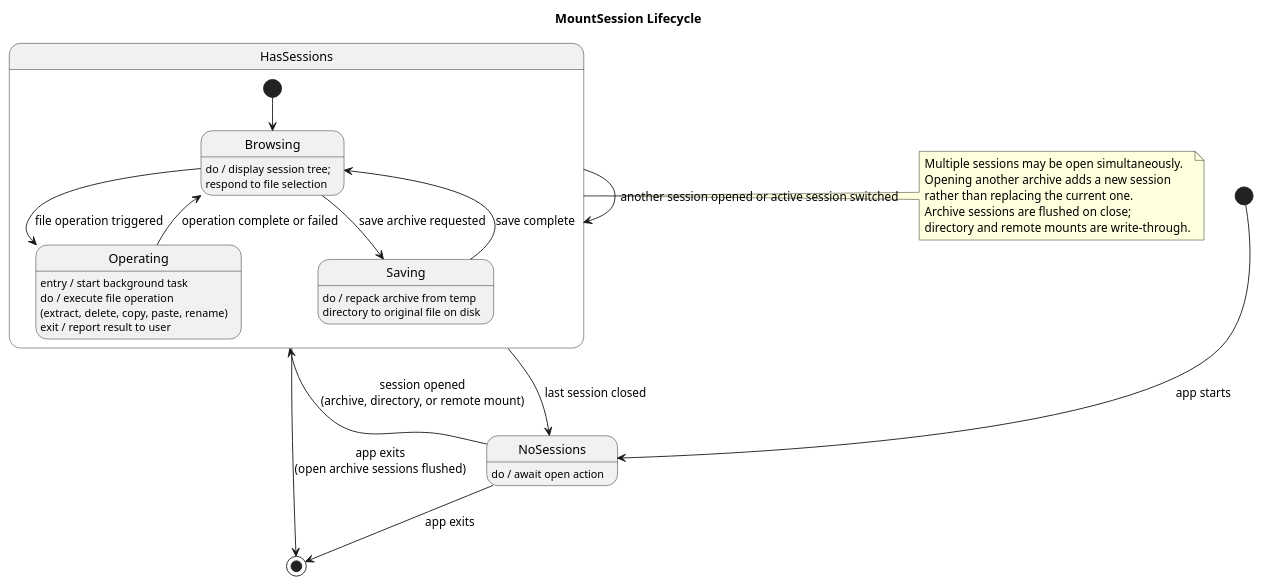
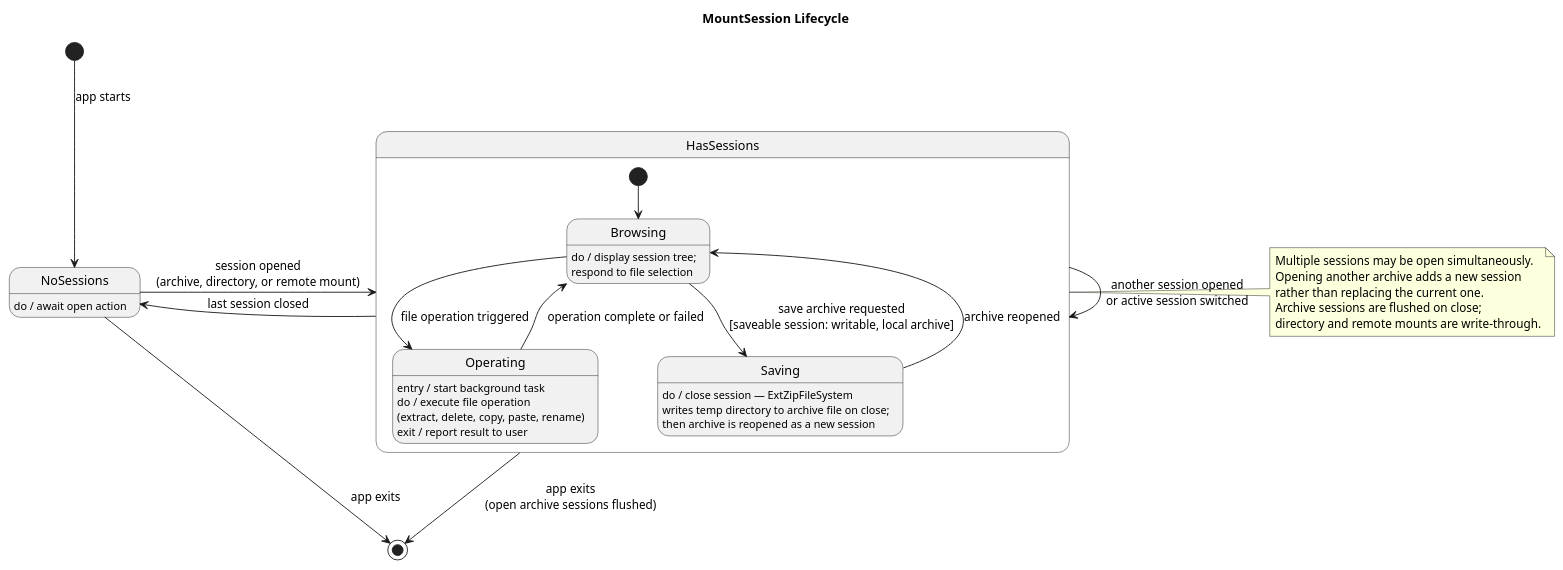
One commit to nikhilr612/weefs changed the diagram in docs/state-diagram-archive-lifecycle.puml. Above: the diagram before and after it, drawn with PlantUML. The commit also changed 3 other files, not shown here.

Commit message:
Fix state diagram inconsistencies.

```diff
--- a/docs/state-diagram-archive-lifecycle.puml
+++ b/docs/state-diagram-archive-lifecycle.puml
@@ -1,46 +1,46 @@
 @startuml
 title MountSession Lifecycle
 
 [*] --> NoSessions : app starts
 
 state NoSessions {
   NoSessions : do / await open action
 }
+
+NoSessions  -right-> HasSessions : session opened\n(archive, directory, or remote mount)
+HasSessions -left->  NoSessions  : last session closed
+HasSessions -right-> HasSessions : another session opened\nor active session switched
+HasSessions -down->  [*]         : app exits\n(open archive sessions flushed)
+NoSessions  -down->  [*]         : app exits
 
 state HasSessions {
   [*] --> Browsing
 
   state Browsing {
     Browsing : do / display session tree;\nrespond to file selection
   }
 
   state Operating {
     Operating : entry / start background task
     Operating : do / execute file operation\n(extract, delete, copy, paste, rename)
     Operating : exit / report result to user
   }
 
   state Saving {
-    Saving : do / repack archive from temp\ndirectory to original file on disk
+    Saving : do / close session — ExtZipFileSystem\nwrites temp directory to archive file on close;\nthen archive is reopened as a new session
   }
 
   Browsing  --> Operating : file operation triggered
   Operating --> Browsing  : operation complete or failed
-  Browsing  --> Saving    : save archive requested
-  Saving    --> Browsing  : save complete
+  Browsing  --> Saving    : save archive requested\n[saveable session: writable, local archive]
+  Saving    --> Browsing  : archive reopened
 }
-
-NoSessions  --> HasSessions : session opened\n(archive, directory, or remote mount)
-HasSessions --> HasSessions : another session opened or active session switched
-HasSessions --> NoSessions  : last session closed
-HasSessions --> [*]         : app exits\n(open archive sessions flushed)
-NoSessions  --> [*]         : app exits
 
 note right of HasSessions
   Multiple sessions may be open simultaneously.
   Opening another archive adds a new session
   rather than replacing the current one.
   Archive sessions are flushed on close;
   directory and remote mounts are write-through.
 end note
 @enduml
```
